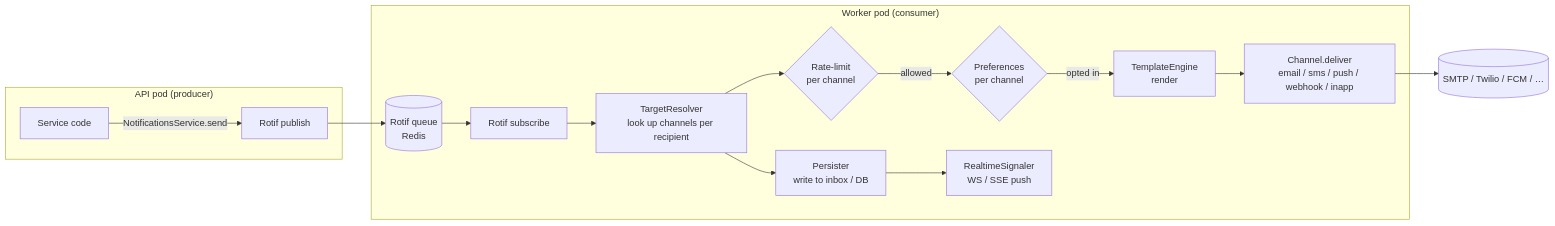
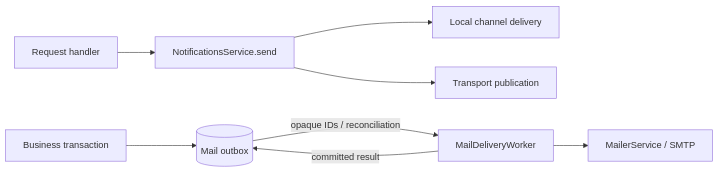
Before and after one commit to omnitron-dev/website: the diagram in docs/titan/recipes/notifications-pipeline.md, drawn with Mermaid. The commit also changed other lines of this file and 44 other files, not shown here.

````diff
--- a/docs/titan/recipes/notifications-pipeline.md
+++ b/docs/titan/recipes/notifications-pipeline.md
@@ -33,23 +30,10 @@
 ```mermaid
 flowchart LR
-  subgraph "API pod (producer)"
-    Code[Service code]
-    Code -- NotificationsService.send --> Pub[Rotif publish]
-  end
-
-  Pub --> Q[(Rotif queue<br/>Redis)]
-
-  subgraph "Worker pod (consumer)"
-    Sub[Rotif subscribe]
-    Q --> Sub
-    Sub --> Resolver[TargetResolver<br/>look up channels per recipient]
-    Resolver --> Persister[Persister<br/>write to inbox / DB]
-    Resolver --> Rate{Rate-limit<br/>per channel}
-    Rate -- allowed --> Pref{Preferences<br/>per channel}
-    Pref -- opted in --> Tpl[TemplateEngine<br/>render]
-    Tpl --> Chan[Channel.deliver<br/>email / sms / push / webhook / inapp]
-    Persister --> Real[RealtimeSignaler<br/>WS / SSE push]
-  end
-
-  Chan --> Provider[(SMTP / Twilio / FCM / …)]
+  Request[Request handler] --> Send[NotificationsService.send]
+  Send --> Channel[Local channel delivery]
+  Send --> Bus[Transport publication]
+  Business[Business transaction] --> Outbox[(Mail outbox)]
+  Outbox -- opaque IDs / reconciliation --> MailWorker[MailDeliveryWorker]
+  MailWorker --> SMTP[MailerService / SMTP]
+  MailWorker -- committed result --> Outbox
 ```
````
